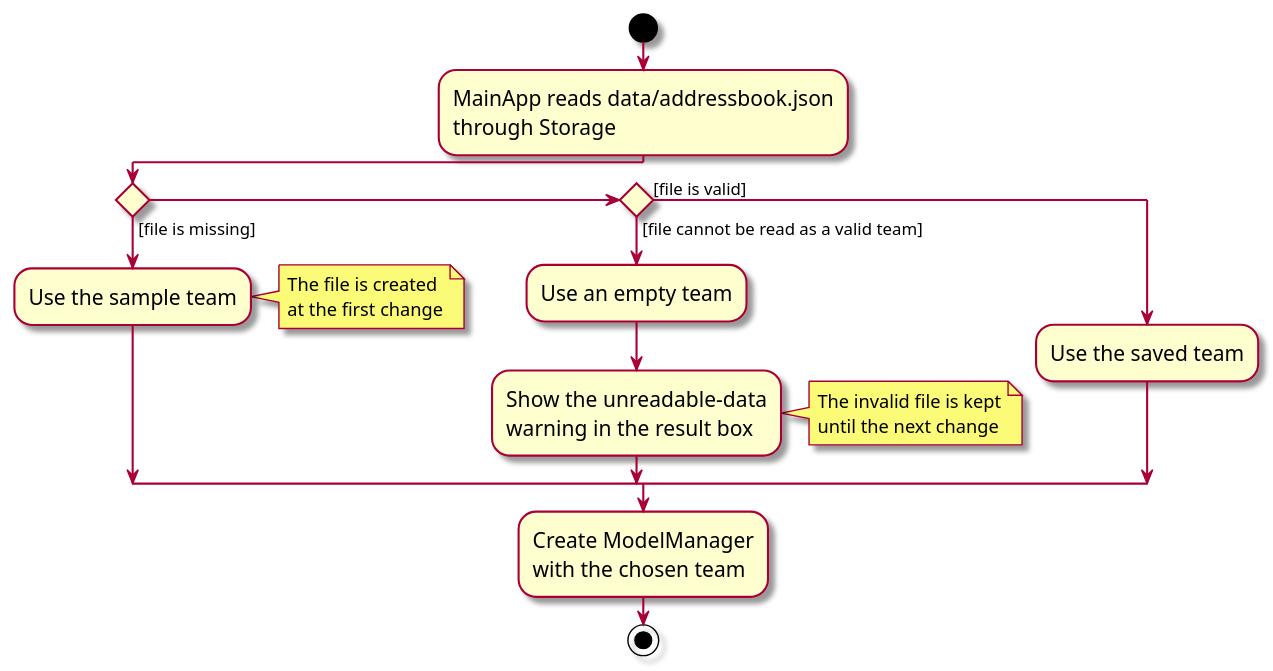
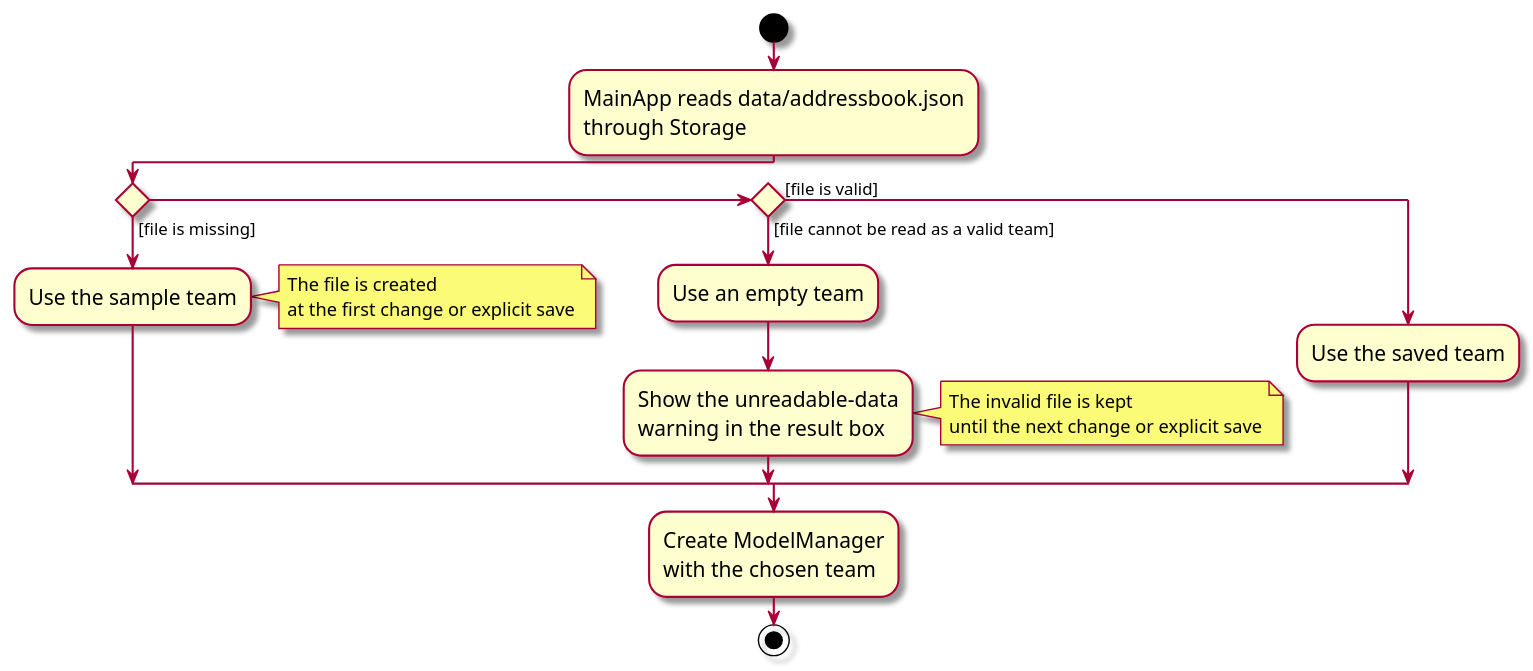
The diagram in docs/diagrams/StorageLoadActivityDiagram.puml (AY2627S1-CS2103T-W13-1/tp), drawn with PlantUML before and after one commit. The commit also changed 8 other files, not shown here.

```diff
--- a/docs/diagrams/StorageLoadActivityDiagram.puml
+++ b/docs/diagrams/StorageLoadActivityDiagram.puml
@@ -1,22 +1,22 @@
 @startuml
 skin rose
 skinparam ActivityFontSize 15
 skinparam ArrowFontSize 12
 start
 :MainApp reads data/addressbook.json
 through Storage;
 if () then ([file is missing])
   :Use the sample team;
-  note right: The file is created\nat the first change
+  note right: The file is created\nat the first change or explicit save
 elseif () then ([file cannot be read as a valid team])
   :Use an empty team;
   :Show the unreadable-data
   warning in the result box;
-  note right: The invalid file is kept\nuntil the next change
+  note right: The invalid file is kept\nuntil the next change or explicit save
 else ([file is valid])
   :Use the saved team;
 endif
 :Create ModelManager
 with the chosen team;
 stop
 @enduml
```
